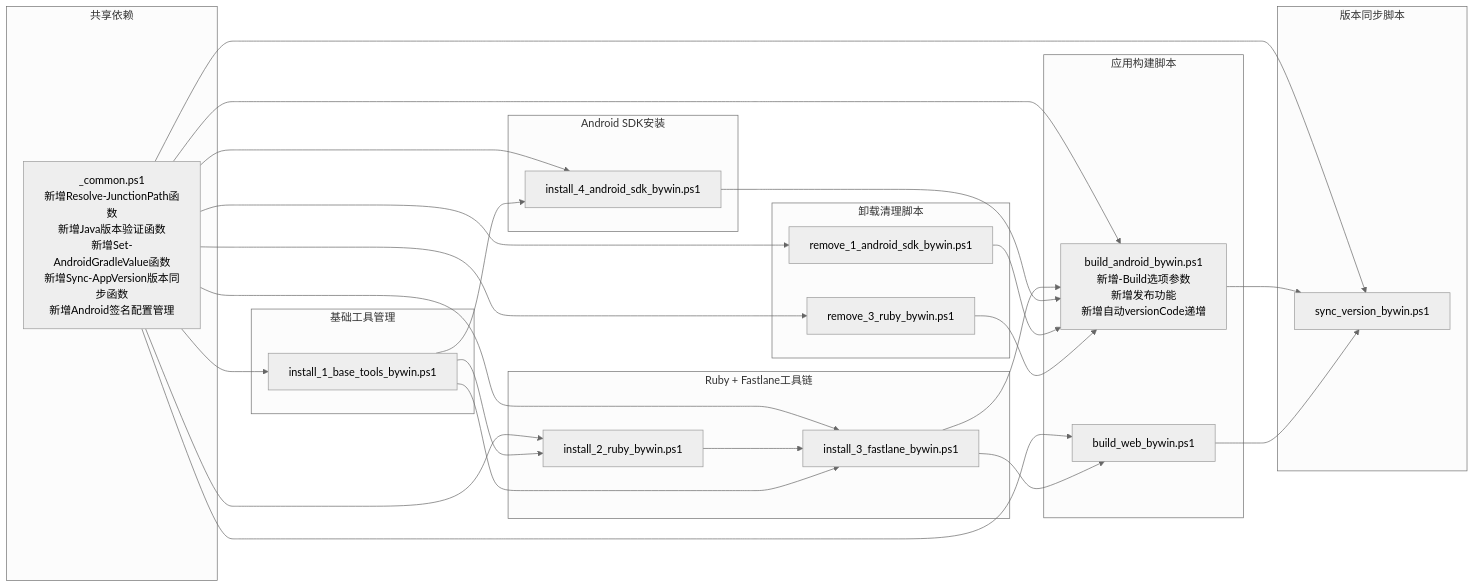
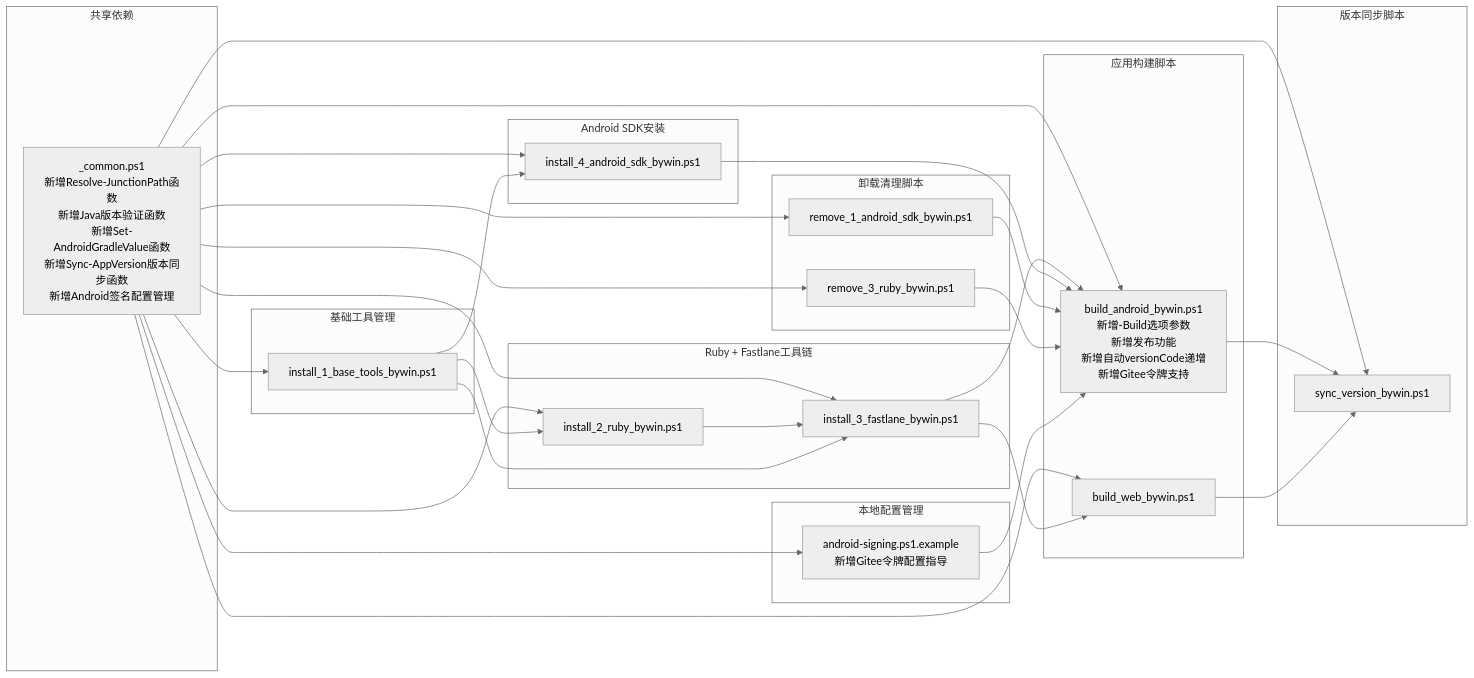
Before and after one commit to tea4go/Macro-Deck-Client-App: the tenth of 10 diagrams in .qoder/repowiki/zh/content/构建与部署/Windows PowerShell自动化.md, drawn with Mermaid (neutral theme). The commit also changed other lines of this file and 4 other files, not shown here.

````diff
--- a/.qoder/repowiki/zh/content/构建与部署/Windows PowerShell自动化.md
+++ b/.qoder/repowiki/zh/content/构建与部署/Windows PowerShell自动化.md
@@ -903,47 +982,52 @@
 ```mermaid
 graph LR
 subgraph "共享依赖"
 Common[_common.ps1<br/>新增Resolve-JunctionPath函数<br/>新增Java版本验证函数<br/>新增Set-AndroidGradleValue函数<br/>新增Sync-AppVersion版本同步函数<br/>新增Android签名配置管理]
 end
 subgraph "基础工具管理"
 BaseTools[install_1_base_tools_bywin.ps1]
 end
 subgraph "Ruby + Fastlane工具链"
 InstallRuby[install_2_ruby_bywin.ps1]
 InstallFastlane[install_3_fastlane_bywin.ps1]
 end
 subgraph "Android SDK安装"
 InstallSDK[install_4_android_sdk_bywin.ps1]
 end
 subgraph "应用构建脚本"
-BuildAndroid[build_android_bywin.ps1<br/>新增-Build选项参数<br/>新增发布功能<br/>新增自动versionCode递增]
+BuildAndroid[build_android_bywin.ps1<br/>新增-Build选项参数<br/>新增发布功能<br/>新增自动versionCode递增<br/>新增Gitee令牌支持]
 BuildWeb[build_web_bywin.ps1]
 end
 subgraph "版本同步脚本"
 SyncVersion[sync_version_bywin.ps1]
 end
 subgraph "卸载清理脚本"
 RemoveSDK[remove_1_android_sdk_bywin.ps1]
 RemoveRuby[remove_3_ruby_bywin.ps1]
+end
+subgraph "本地配置管理"
+SignConfig[android-signing.ps1.example<br/>新增Gitee令牌配置指导]
 end
 Common --> BaseTools
 Common --> InstallRuby
 Common --> InstallFastlane
 Common --> InstallSDK
 Common --> BuildAndroid
 Common --> BuildWeb
 Common --> SyncVersion
 Common --> RemoveSDK
 Common --> RemoveRuby
+Common --> SignConfig
 InstallRuby --> InstallFastlane
 InstallFastlane --> BuildAndroid
 InstallFastlane --> BuildWeb
 InstallSDK --> BuildAndroid
 BuildAndroid --> SyncVersion
 BuildWeb --> SyncVersion
 RemoveSDK --> BuildAndroid
 RemoveRuby --> BuildAndroid
 BaseTools --> InstallRuby
 BaseTools --> InstallFastlane
 BaseTools --> InstallSDK
+SignConfig --> BuildAndroid
 ```
````
